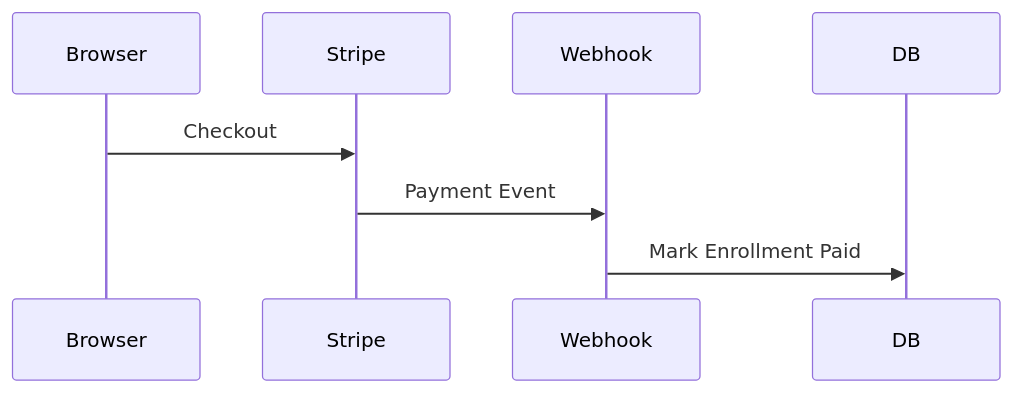
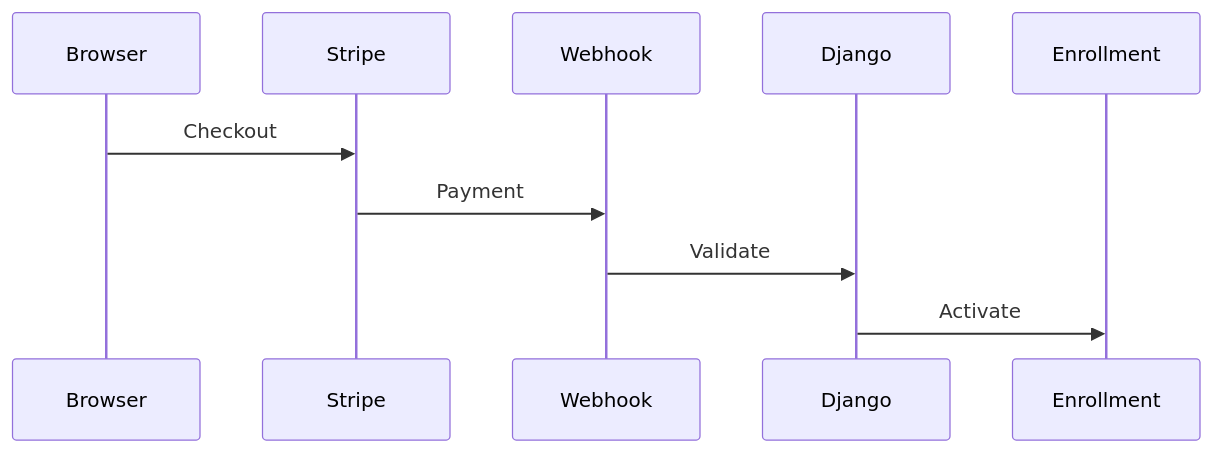
The sixth of 8 diagrams in Full-Stack/Build-an-LMS-with-HTMX-Django.md (seanwhs/Tutorials), drawn with Mermaid before and after one commit. The commit also changed other lines of this file, not shown here.

````diff
--- a/Full-Stack/Build-an-LMS-with-HTMX-Django.md
+++ b/Full-Stack/Build-an-LMS-with-HTMX-Django.md
@@ -264,6 +320,7 @@
 ```mermaid
 sequenceDiagram
     Browser->>Stripe: Checkout
-    Stripe->>Webhook: Payment Event
-    Webhook->>DB: Mark Enrollment Paid
+    Stripe->>Webhook: Payment
+    Webhook->>Django: Validate
+    Django->>Enrollment: Activate
 ```
````
